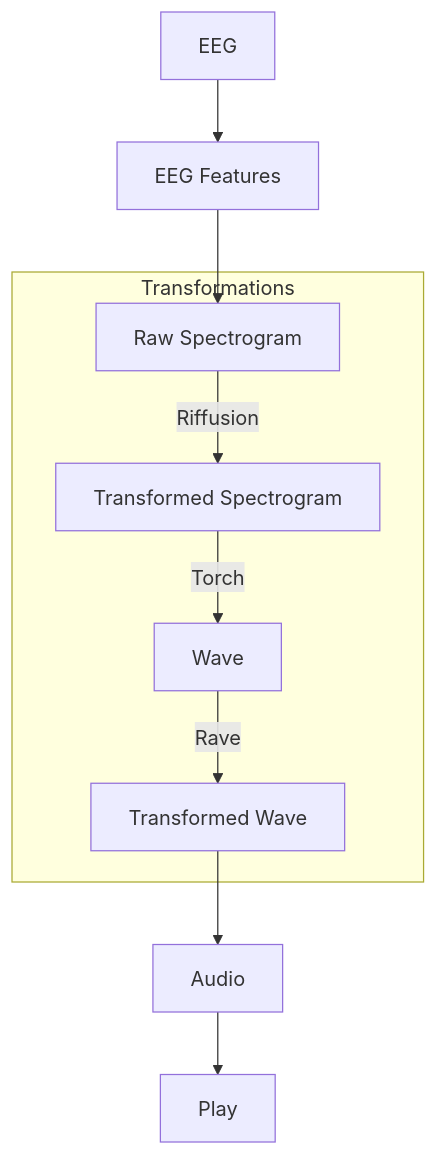
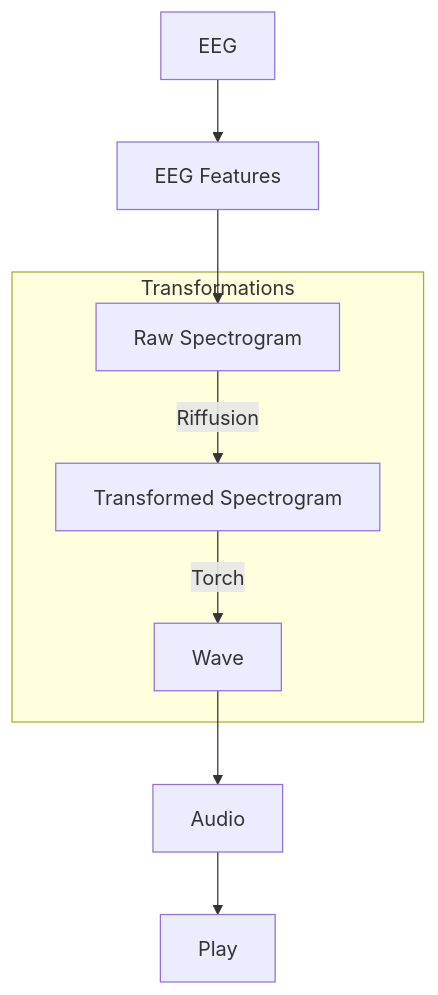
One commit to Tallivm/brain2music changed the diagram in README.md. Above: the diagram before and after it, drawn with Mermaid.

Commit message:
fix final diagram

````diff
--- a/README.md
+++ b/README.md
@@ -6,17 +6,15 @@
 ```mermaid
 graph TB
     A[EEG] --> C[EEG Features]
     C -->D[Raw Spectrogram]
     D -->|Riffusion| E[Transformed Spectrogram]
     E -->|Torch| F[Wave]
-    F -->|Rave| G[Transformed Wave]
-    G -->H[Audio]
+    F -->H[Audio]
     H -->I[Play]
     
     subgraph Transformations 
         D
         E
         F
-        G
     end
 ```
````
